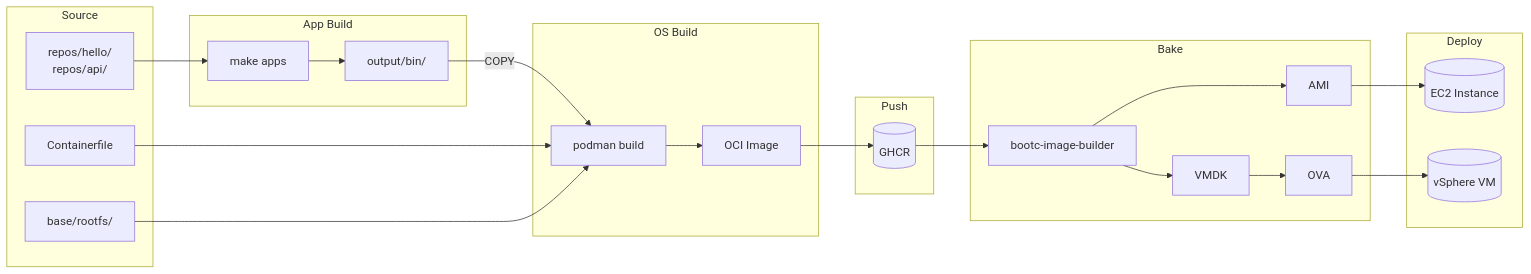
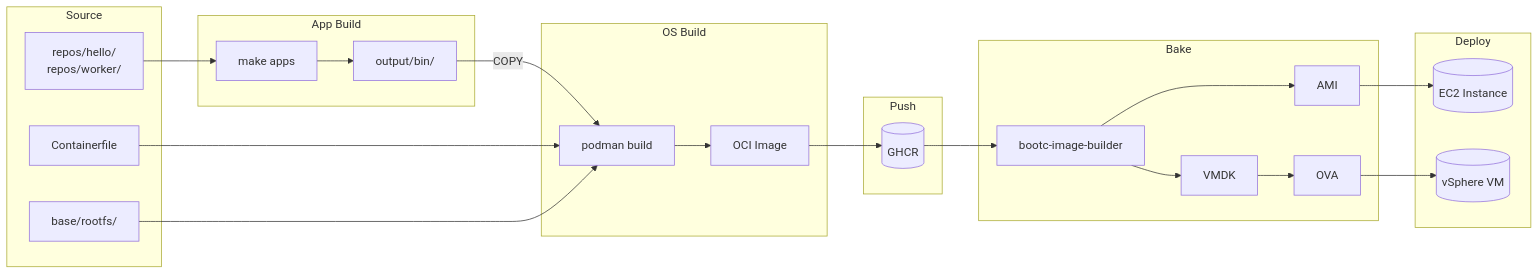
Before and after one commit to duyhenryer/bootc-testboot: the second of 7 diagrams in docs/project/001-architecture-overview.md, drawn with Mermaid. The commit also changed other lines of this file and 9 other files, not shown here.

````diff
--- a/docs/project/001-architecture-overview.md
+++ b/docs/project/001-architecture-overview.md
@@ -77,36 +78,36 @@
 ```mermaid
 flowchart LR
     subgraph Source["Source"]
-        APPS[repos/hello/\nrepos/api/]
+        APPS[repos/hello/\nrepos/worker/]
         CF[Containerfile]
         CONFIGS[base/rootfs/]
     end
 
     subgraph AppBuild["App Build"]
         APPS --> MA[make apps]
         MA --> BIN[output/bin/]
     end
 
     subgraph OSBuild["OS Build"]
         BIN -->|COPY| PB[podman build]
         CF --> PB
         CONFIGS --> PB
         PB --> OCI[OCI Image]
     end
 
     subgraph Push["Push"]
         OCI --> GHCR[("GHCR")]
     end
 
     subgraph Bake["Bake"]
         GHCR --> BIB[bootc-image-builder]
         BIB --> AMI[AMI]
         BIB --> VMDK[VMDK]
         VMDK --> OVA[OVA]
     end
 
     subgraph Deploy["Deploy"]
         AMI --> EC2[("EC2 Instance")]
         OVA --> VS[("vSphere VM")]
     end
 ```
````
